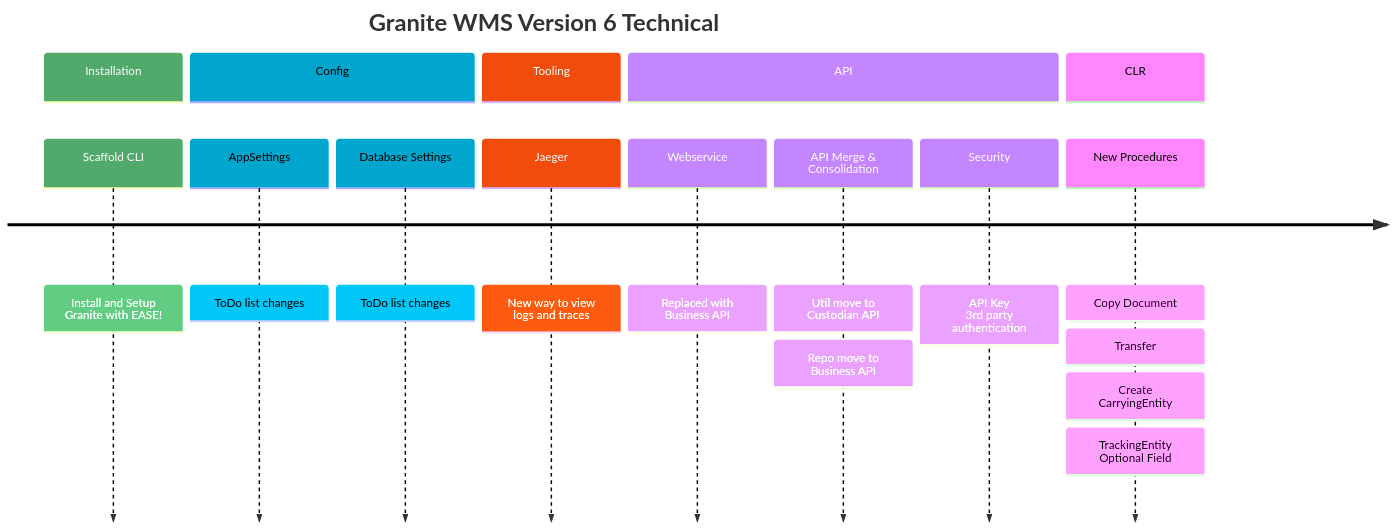
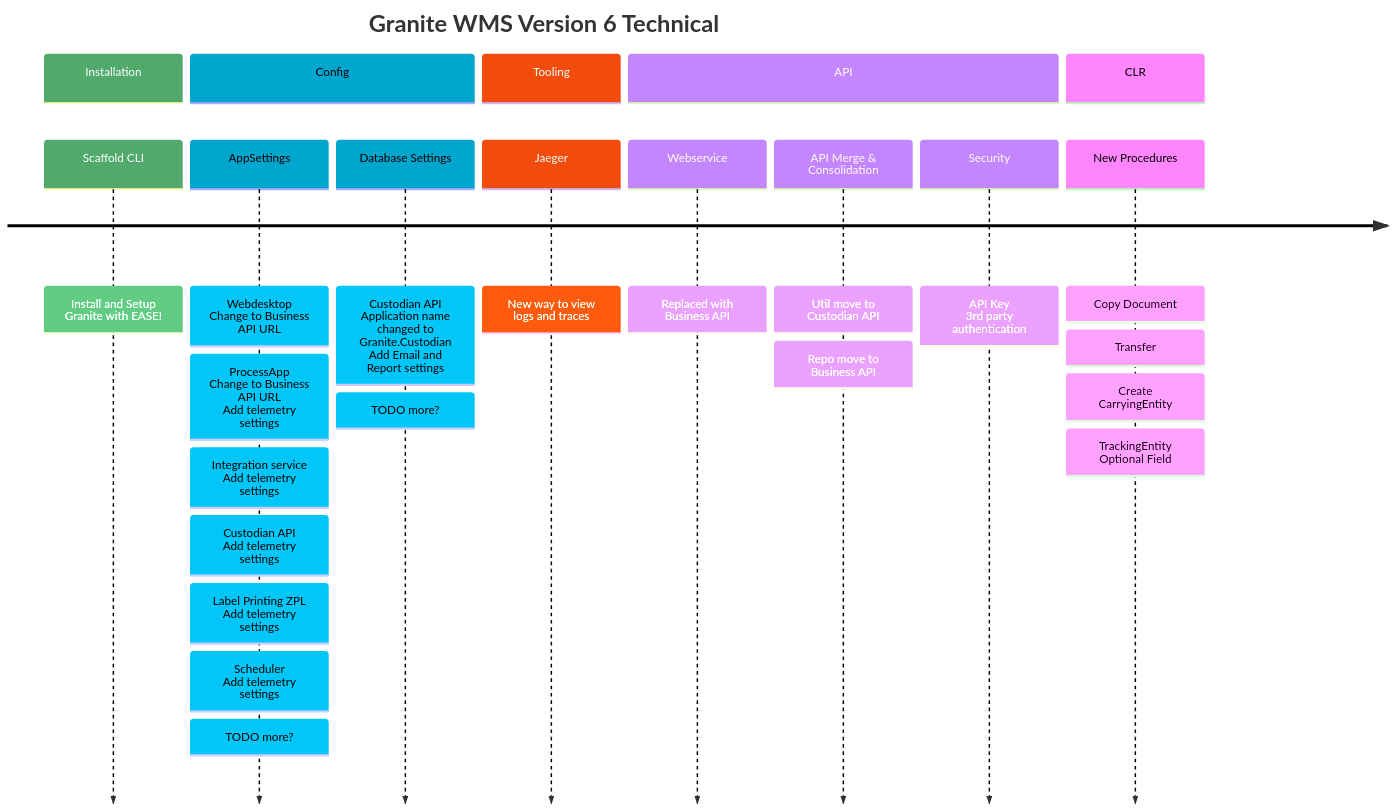
Before and after one commit to GraniteWMS/GraniteDocs: the third of 3 diagrams in docs/updates/V6/cheatsheet.md, drawn with Mermaid. The commit also changed other lines of this file, not shown here.

````diff
--- a/docs/updates/V6/cheatsheet.md
+++ b/docs/updates/V6/cheatsheet.md
@@ -68,32 +72,33 @@
 ```mermaid
 %%{init: { 'logLevel': 'debug', 'theme': 'default' , 'themeVariables': {
               'cScale0': '#51AA6C', 'cScaleLabel0': '#ffffff',
               'cScale1': '#00A6CE',
               'cScale2': '#F24C0D', 'cScaleLabel2': '#ffffff'
        } } }%%
     timeline
         title Granite WMS Version 6 Technical
 
         section Installation
           Scaffold CLI : Install and Setup Granite with EASE!
 
         section Config
-          AppSettings : ToDo list changes
-          Database Settings : ToDo list changes
+          AppSettings : Webdesktop <br> Change to Business API URL : ProcessApp <br> Change to Business API URL <br> Add telemetry settings : Integration service <br> Add telemetry settings : Custodian API <br> Add telemetry settings : Label Printing ZPL <br> Add telemetry settings : Scheduler <br> Add telemetry settings : TODO more?
+          
+          Database Settings : Custodian API <br> Application name changed to Granite.Custodian <br> Add Email and Report settings : TODO more?
 
 
         section Tooling
           Jaeger : New way to view logs and traces  
 
         section API
           Webservice : Replaced with Business API
           
           API Merge & Consolidation: Util move to Custodian API
           : Repo move to Business API
 
           Security : API Key <br> 3rd party authentication 
          section CLR
             New Procedures: Copy Document: Transfer: Create CarryingEntity: TrackingEntity Optional Field
        
             
 ```
````
